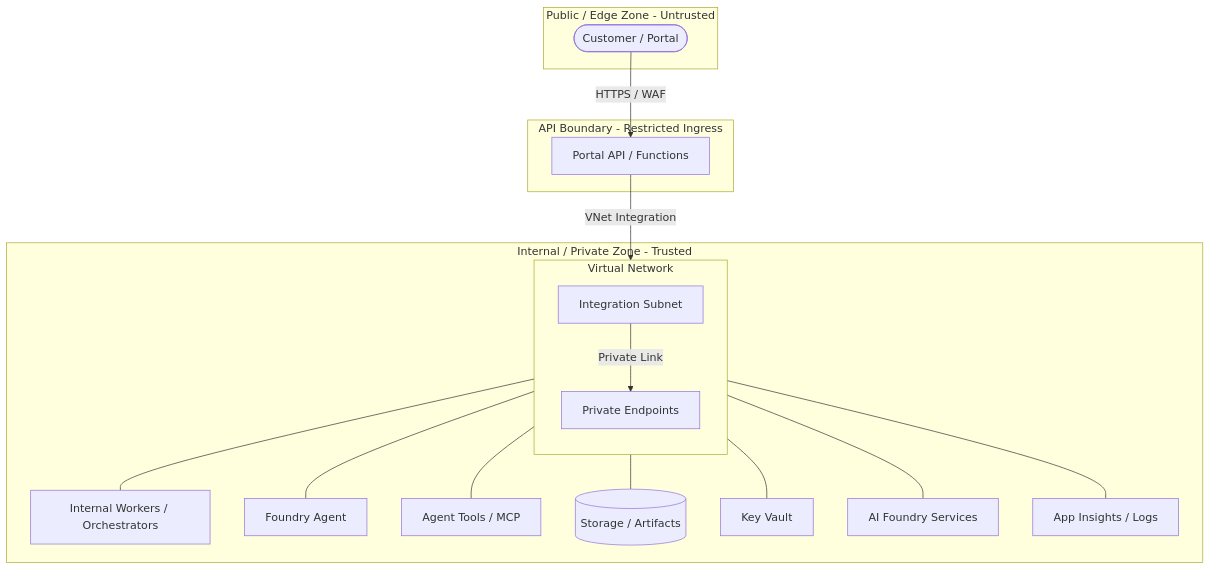
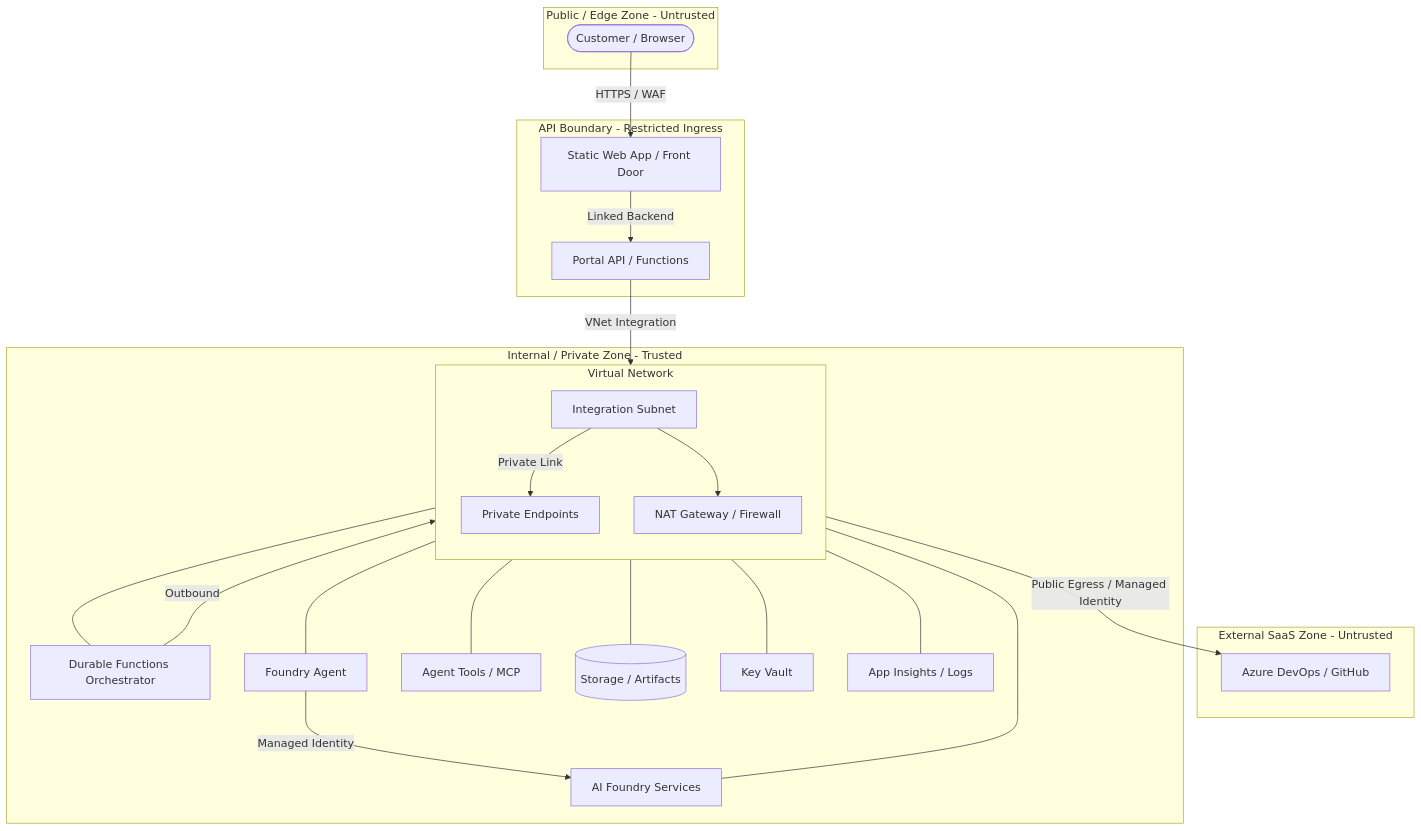
The diagram in building-blocks/security/network-boundary-notes/README.md (wildersa/azure_ref_kit), drawn with Mermaid before and after one commit. The commit also changed other lines of this file and 1 other file, not shown here.

First line of the commit message:
[SEC-003] Define practical Azure network boundary notes (#241)

````diff
--- a/building-blocks/security/network-boundary-notes/README.md
+++ b/building-blocks/security/network-boundary-notes/README.md
@@ -9,37 +9,53 @@
 ```mermaid
 flowchart TD
     subgraph PublicZone [Public / Edge Zone - Untrusted]
-        User([Customer / Portal])
+        User([Customer / Browser])
     end
 
     subgraph APIBoundary [API Boundary - Restricted Ingress]
+        SWA[Static Web App / Front Door]
         API[Portal API / Functions]
+    end
+
+    subgraph SaaSZone [External SaaS Zone - Untrusted]
+        DevOps[Azure DevOps / GitHub]
     end
 
     subgraph InternalZone [Internal / Private Zone - Trusted]
         subgraph VNet [Virtual Network]
             direction TB
             PE[Private Endpoints]
             Subnet[Integration Subnet]
+            Egress[NAT Gateway / Firewall]
         end
 
-        Workers[Internal Workers / Orchestrators]
+        Orchestrator[Durable Functions Orchestrator]
         Agent[Foundry Agent]
         Tools[Agent Tools / MCP]
         Storage[(Storage / Artifacts)]
         KV[Key Vault]
         AI[AI Foundry Services]
         Logs[App Insights / Logs]
     end
 
-    User -->|HTTPS / WAF| API
+    User -->|HTTPS / WAF| SWA
+    SWA -->|Linked Backend| API
+
+    %% Private Link Traffic (Internal)
     API -->|VNet Integration| Subnet
     Subnet -->|Private Link| PE
-    PE --- Workers
+    PE --- Orchestrator
     PE --- Agent
     PE --- Tools
     PE --- Storage
     PE --- KV
     PE --- AI
     PE --- Logs
+
+    %% Controlled Outbound Egress (External)
+    Orchestrator -->|Outbound| Subnet
+    Subnet --> Egress
+    Egress -->|Public Egress / Managed Identity| DevOps
+
+    Agent -->|Managed Identity| AI
 ```
````
